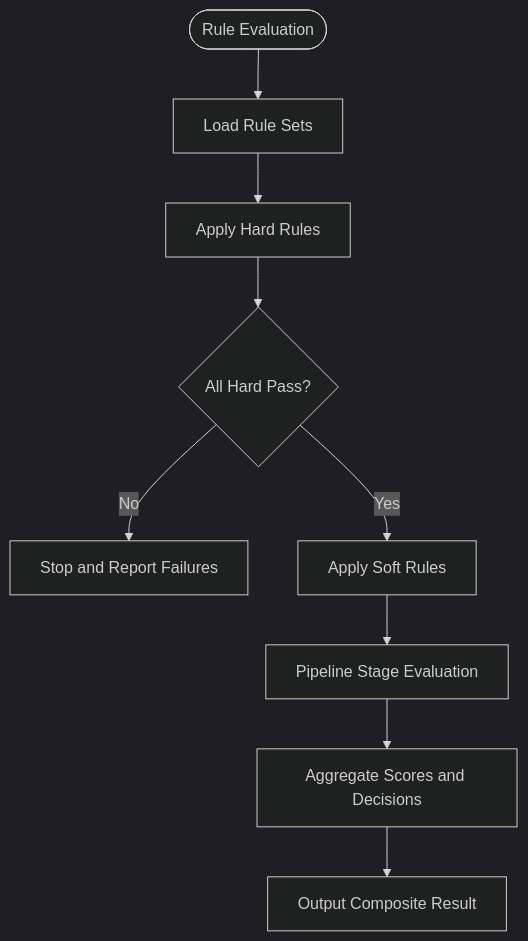
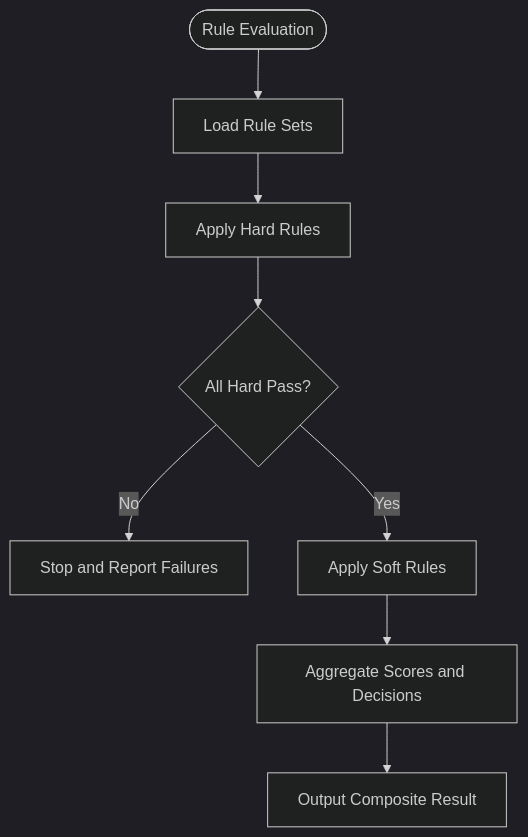
Before and after one commit to alibaba-hackathon-fsi/frontend-vaya: the eighth of 9 diagrams in .qoder/repowiki/en/content/Loan Engine/Loan Engine.md, drawn with Mermaid (dark theme). The commit also changed other lines of this file and 36 other files, not shown here.

````diff
--- a/.qoder/repowiki/en/content/Loan Engine/Loan Engine.md
+++ b/.qoder/repowiki/en/content/Loan Engine/Loan Engine.md
@@ -489,11 +325,10 @@
 ```mermaid
 flowchart TD
 Start(["Rule Evaluation"]) --> LoadSets["Load Rule Sets"]
 LoadSets --> ApplyHard["Apply Hard Rules"]
 ApplyHard --> HardPass{"All Hard Pass?"}
 HardPass --> |No| Stop["Stop and Report Failures"]
 HardPass --> |Yes| ApplySoft["Apply Soft Rules"]
-ApplySoft --> PipelineEval["Pipeline Stage Evaluation"]
-PipelineEval --> Aggregate["Aggregate Scores and Decisions"]
+ApplySoft --> Aggregate["Aggregate Scores and Decisions"]
 Aggregate --> Output["Output Composite Result"]
 ```
````
